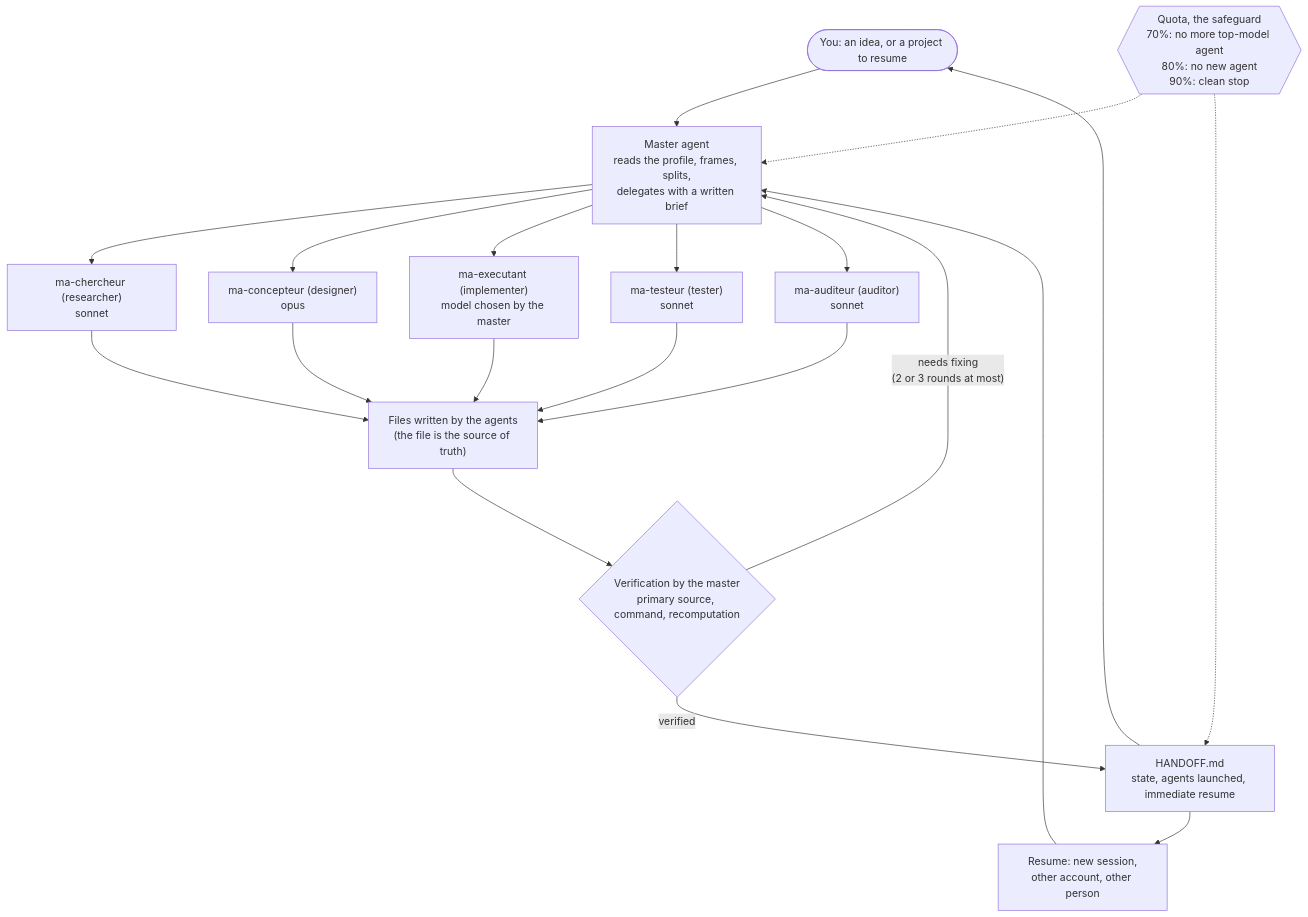
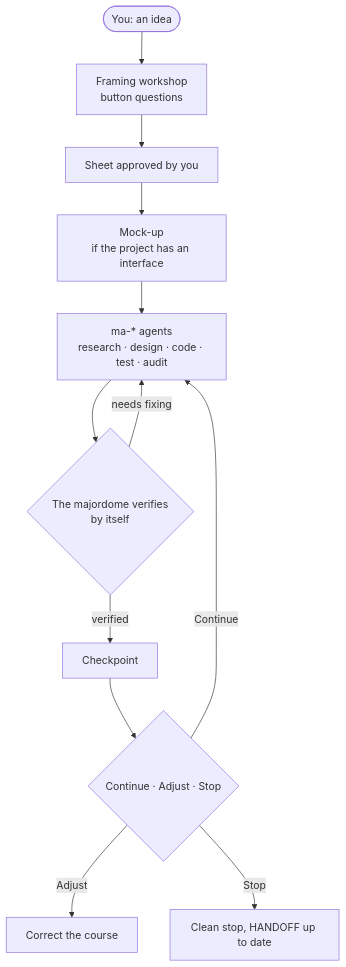
Before and after one commit to MalikChopa/diapason: the diagram in README.en.md, drawn with Mermaid. The commit also changed other lines of this file and 119 other files, not shown here.

Commit message:
majordome v1.4.0 : nouveau nom (ex-maitre-agent), correctifs des simulations, README court et guide

````diff
--- a/README.en.md
+++ b/README.en.md
@@ -52,26 +18,14 @@
 ```mermaid
 flowchart TD
-    U(["You: an idea, or a project to resume"]) --> M["Master agent<br/>reads the profile, frames, splits,<br/>delegates with a written brief"]
-
-    M --> A1["ma-chercheur (researcher)<br/>sonnet"]
-    M --> A2["ma-concepteur (designer)<br/>opus"]
-    M --> A3["ma-executant (implementer)<br/>model chosen by the master"]
-    M --> A4["ma-testeur (tester)<br/>sonnet"]
-    M --> A5["ma-auditeur (auditor)<br/>sonnet"]
-
-    A1 --> F["Files written by the agents<br/>(the file is the source of truth)"]
-    A2 --> F
-    A3 --> F
-    A4 --> F
-    A5 --> F
-
-    F --> V{"Verification by the master<br/>primary source, command, recomputation"}
-    V -- "needs fixing<br/>(2 or 3 rounds at most)" --> M
-    V -- "verified" --> H["HANDOFF.md<br/>state, agents launched, immediate resume"]
-    H --> R["Resume: new session,<br/>other account, other person"]
-    R --> M
-    H --> U
-
-    Q{{"Quota, the safeguard<br/>70%: no more top-model agent<br/>80%: no new agent<br/>90%: clean stop"}} -.-> M
-    Q -.-> H
+    U(["You: an idea"]) --> A["Framing workshop<br/>button questions"]
+    A --> F["Sheet approved by you"]
+    F --> M["Mock-up<br/>if the project has an interface"]
+    M --> G["ma-* agents<br/>research · design · code · test · audit"]
+    G --> V{"The majordome verifies<br/>by itself"}
+    V -- "needs fixing" --> G
+    V -- "verified" --> P["Checkpoint"]
+    P --> C{"Continue · Adjust · Stop"}
+    C -- "Continue" --> G
+    C -- "Adjust" --> J["Correct the course"]
+    C -- "Stop" --> H["Clean stop, HANDOFF up to date"]
 ```
````
